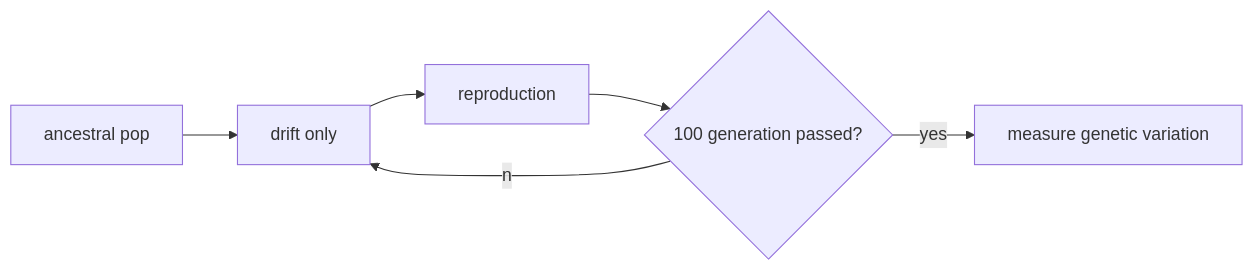
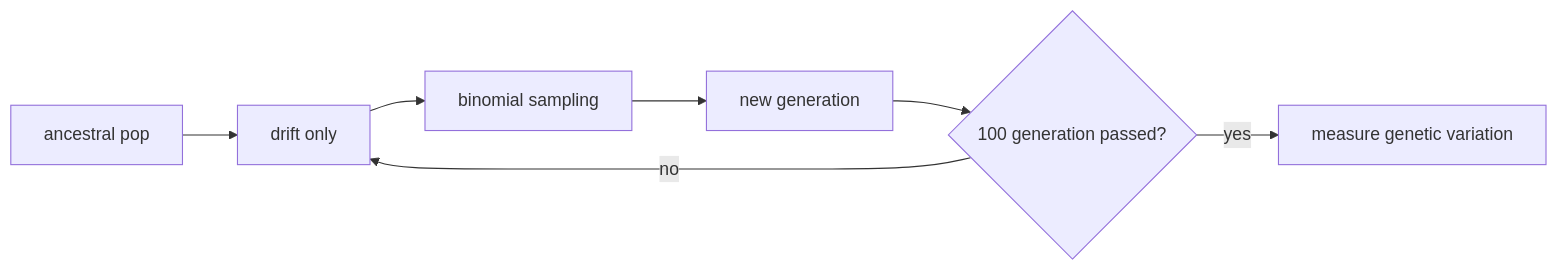
One commit to Jcbnunez/uvm-fqr changed the second of 3 diagrams in Lectures/Lect5_Simulation_frameworks.md. Above: the diagram before and after it, drawn with Mermaid. The commit also changed other lines of this file, not shown here.

````diff
--- a/Lectures/Lect5_Simulation_frameworks.md
+++ b/Lectures/Lect5_Simulation_frameworks.md
@@ -88,5 +88,5 @@
 ```mermaid
 graph LR
-a[ancestral pop] --> b[drift only] --> c[reproduction] --> e{100 generation passed?} --yes--> f[measure genetic variation]
-e --no--> b
+a[ancestral pop] --> b[drift only] --> b1[binomial sampling] --> c[new generation] --> e{100 generation passed?} --"yes"--> f[measure genetic variation]
+e --"no"--> b
 ```
````
